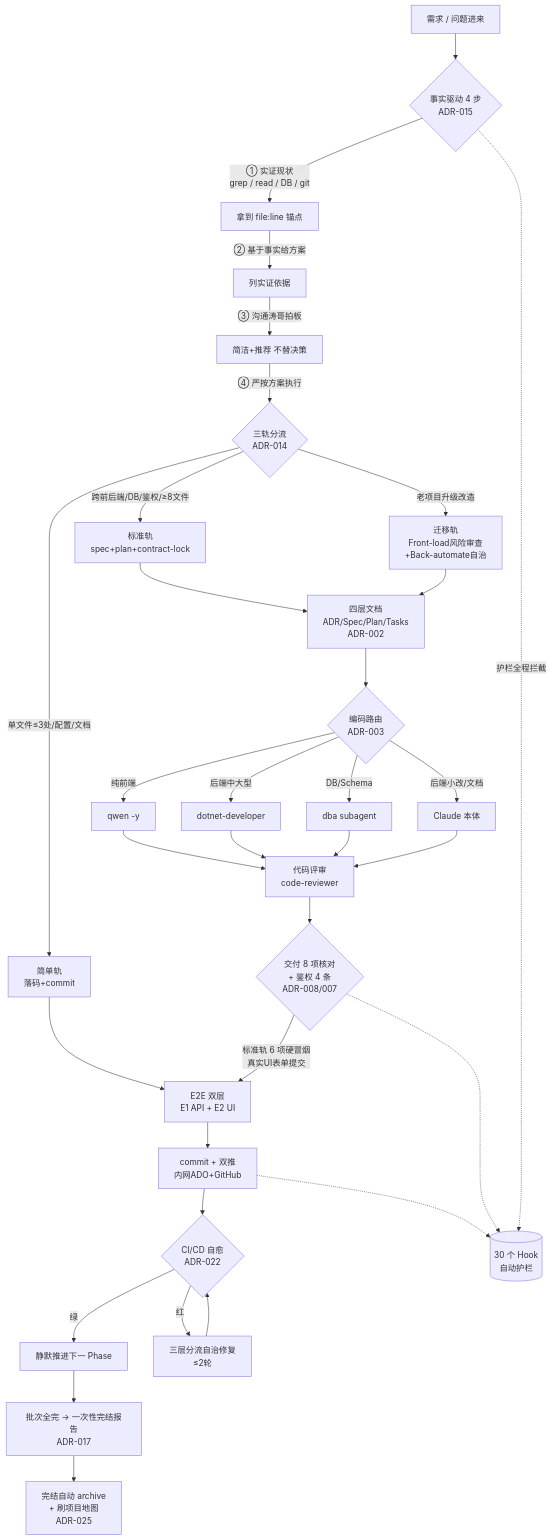
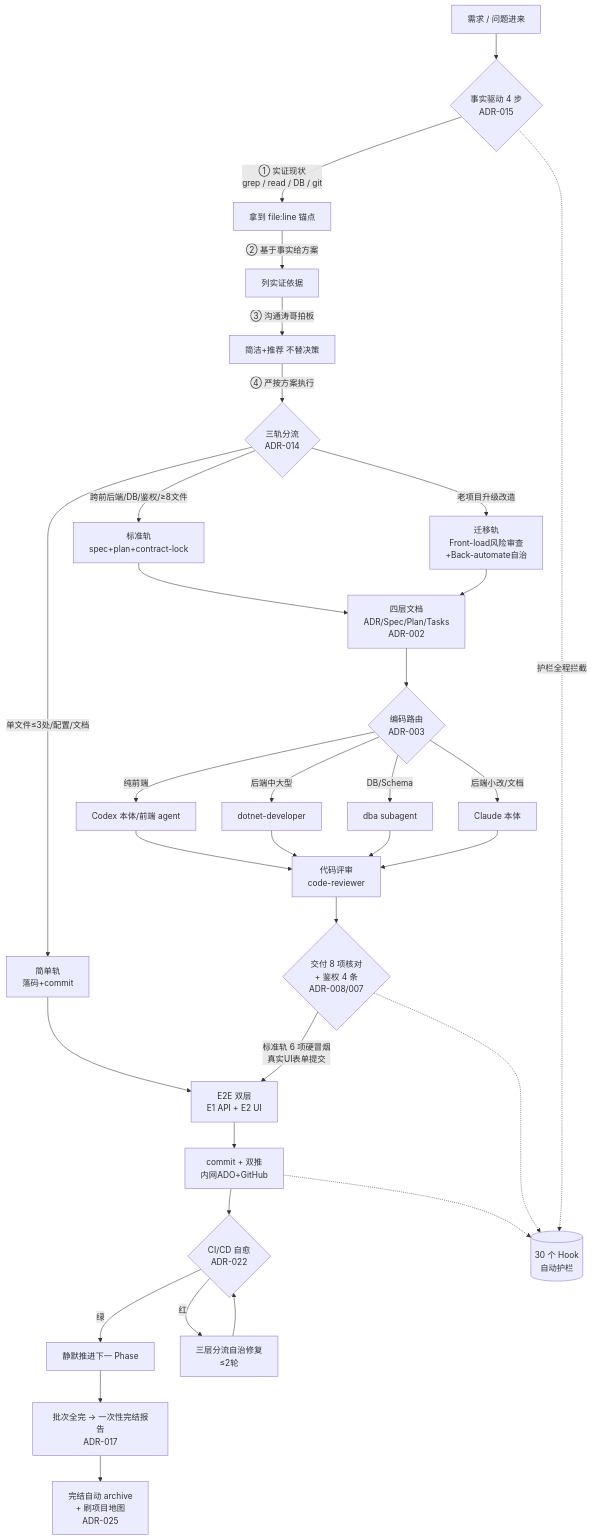
One commit to rhettZeng107/engineering-standards changed the first of 2 diagrams in references/ai-workflow-philosophy.md. Above: the diagram before and after it, drawn with Mermaid. The commit also changed other lines of this file and 1 other file, not shown here.

Commit message:
docs: retire qwen default routing

````diff
--- a/references/ai-workflow-philosophy.md
+++ b/references/ai-workflow-philosophy.md
@@ -36,40 +36,40 @@
 ```mermaid
 flowchart TD
     A[需求 / 问题进来] --> B{事实驱动 4 步<br/>ADR-015}
     B -->|① 实证现状<br/>grep / read / DB / git| B2[拿到 file:line 锚点]
     B2 -->|② 基于事实给方案| B3[列实证依据]
     B3 -->|③ 沟通涛哥拍板| B4[简洁+推荐 不替决策]
     B4 -->|④ 严按方案执行| C{三轨分流<br/>ADR-014}
 
     C -->|单文件≤3处/配置/文档| S1[简单轨<br/>落码+commit]
     C -->|跨前后端/DB/鉴权/≥8文件| S2[标准轨<br/>spec+plan+contract-lock]
     C -->|老项目升级改造| S3[迁移轨<br/>Front-load风险审查<br/>+Back-automate自治]
 
     S2 --> D[四层文档<br/>ADR/Spec/Plan/Tasks<br/>ADR-002]
     S3 --> D
     D --> E{编码路由<br/>ADR-003}
-    E -->|纯前端| E1[qwen -y]
+    E -->|纯前端| E1[Codex 本体/前端 agent]
     E -->|后端中大型| E2[dotnet-developer]
     E -->|DB/Schema| E3[dba subagent]
     E -->|后端小改/文档| E4[Claude 本体]
 
     E1 --> F[代码评审<br/>code-reviewer]
     E2 --> F
     E3 --> F
     E4 --> F
     F --> G{交付 8 项核对<br/>+ 鉴权 4 条<br/>ADR-008/007}
     G -->|标准轨 6 项硬冒烟<br/>真实UI表单提交| H[E2E 双层<br/>E1 API + E2 UI]
     S1 --> H
     H --> I[commit + 双推<br/>内网ADO+GitHub]
     I --> J{CI/CD 自愈<br/>ADR-022}
     J -->|绿| K[静默推进下一 Phase]
     J -->|红| L[三层分流自治修复<br/>≤2轮]
     K --> M[批次全完 → 一次性完结报告<br/>ADR-017]
     L --> J
     M --> N[完结自动 archive<br/>+ 刷项目地图<br/>ADR-025]
 
     %% 全程兜底
     B -.护栏全程拦截.-> HOOK[(30 个 Hook<br/>自动护栏)]
     I -.-> HOOK
     G -.-> HOOK
 ```
````
